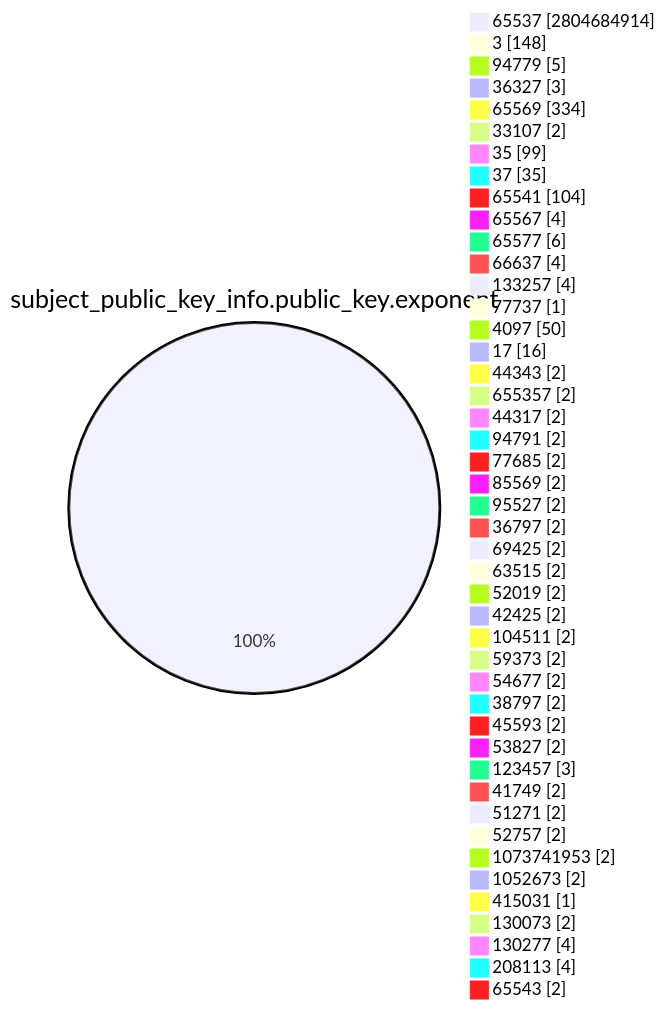
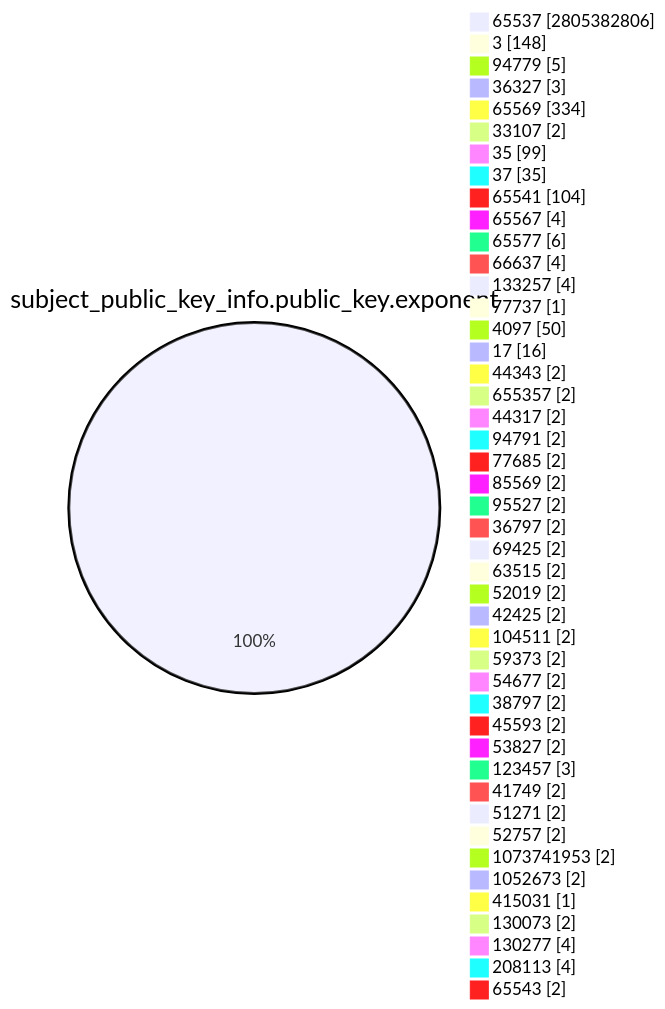
One commit to christiankrug/ctmonitor_visualization changed the fourth of 15 diagrams in TOTAL/README.md. Above: the diagram before and after it, drawn with Mermaid. The commit also changed other lines of this file, not shown here.

````diff
--- a/TOTAL/README.md
+++ b/TOTAL/README.md
@@ -1467,49 +1467,49 @@
 ```mermaid
 pie showData
 title subject_public_key_info.public_key.exponent
-"65537" :2804684914
+"65537" :2805382806
 "3" :148
 "94779" :5
 "36327" :3
 "65569" :334
 "33107" :2
 "35" :99
 "37" :35
 "65541" :104
 "65567" :4
 "65577" :6
 "66637" :4
 "133257" :4
 "77737" :1
 "4097" :50
 "17" :16
 "44343" :2
 "655357" :2
 "44317" :2
 "94791" :2
 "77685" :2
 "85569" :2
 "95527" :2
 "36797" :2
 "69425" :2
 "63515" :2
 "52019" :2
 "42425" :2
 "104511" :2
 "59373" :2
 "54677" :2
 "38797" :2
 "45593" :2
 "53827" :2
 "123457" :3
 "41749" :2
 "51271" :2
 "52757" :2
 "1073741953" :2
 "1052673" :2
 "415031" :1
 "130073" :2
 "130277" :4
 "208113" :4
 "65543" :2
 ```
````
